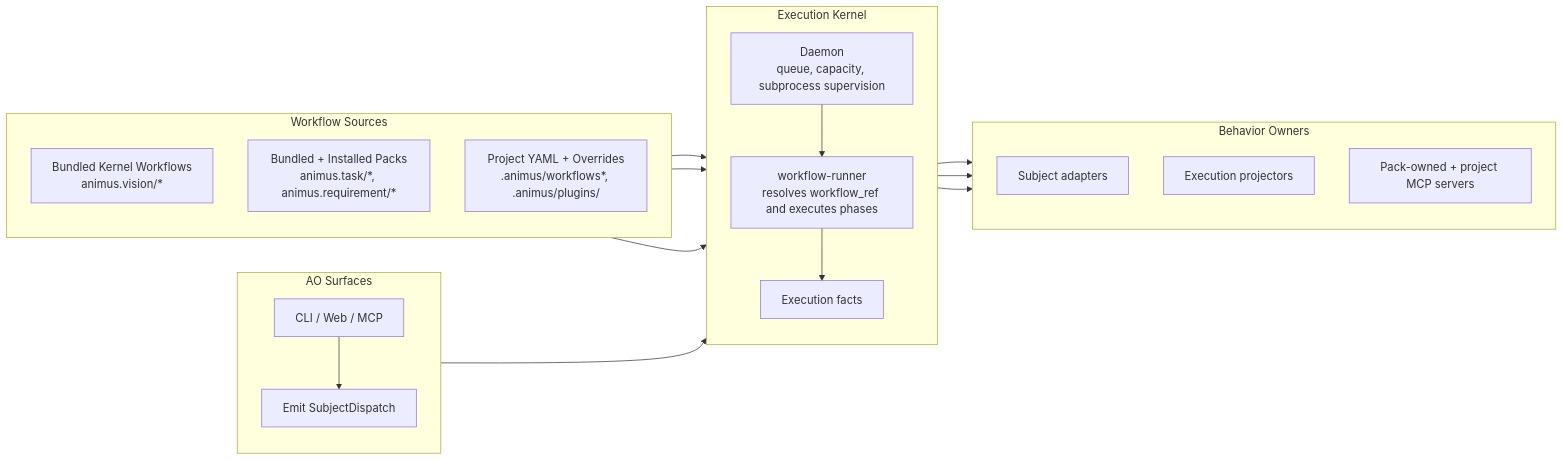
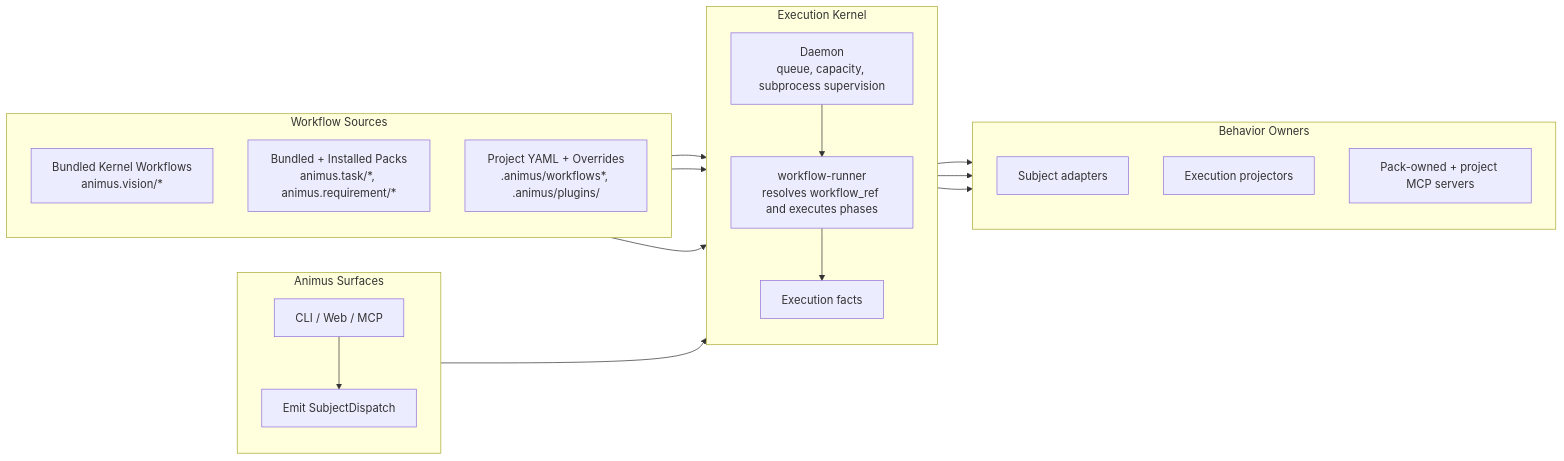
One commit to launchapp-dev/ao-cli changed the diagram in docs/concepts/how-ao-works.md. Above: the diagram before and after it, drawn with Mermaid. The commit also changed other lines of this file and 48 other files, not shown here.

````diff
--- a/docs/concepts/how-ao-works.md
+++ b/docs/concepts/how-ao-works.md
@@ -8,40 +8,40 @@
 ```mermaid
 flowchart LR
-    subgraph CLI["AO Surfaces"]
+    subgraph CLI["Animus Surfaces"]
         direction TB
         cli["CLI / Web / MCP"]
         dispatch["Emit SubjectDispatch"]
     end
 
     subgraph SOURCES["Workflow Sources"]
         direction TB
         kernel["Bundled Kernel Workflows<br/>animus.vision/*"]
         packs["Bundled + Installed Packs<br/>animus.task/*, animus.requirement/*"]
         project["Project YAML + Overrides<br/>.animus/workflows*, .animus/plugins/"]
     end
 
     subgraph ENGINE["Execution Kernel"]
         direction TB
         daemon["Daemon<br/>queue, capacity, subprocess supervision"]
         runner["workflow-runner<br/>resolves workflow_ref and executes phases"]
         facts["Execution facts"]
     end
 
     subgraph BEHAVIOR["Behavior Owners"]
         direction TB
         adapters["Subject adapters"]
         projectors["Execution projectors"]
         mcp["Pack-owned + project MCP servers"]
     end
 
     cli --> dispatch
     dispatch --> daemon
     daemon --> runner
     kernel --> runner
     packs --> runner
     project --> runner
     runner --> facts
     facts --> projectors
     runner --> mcp
     runner --> adapters
 ```
````
